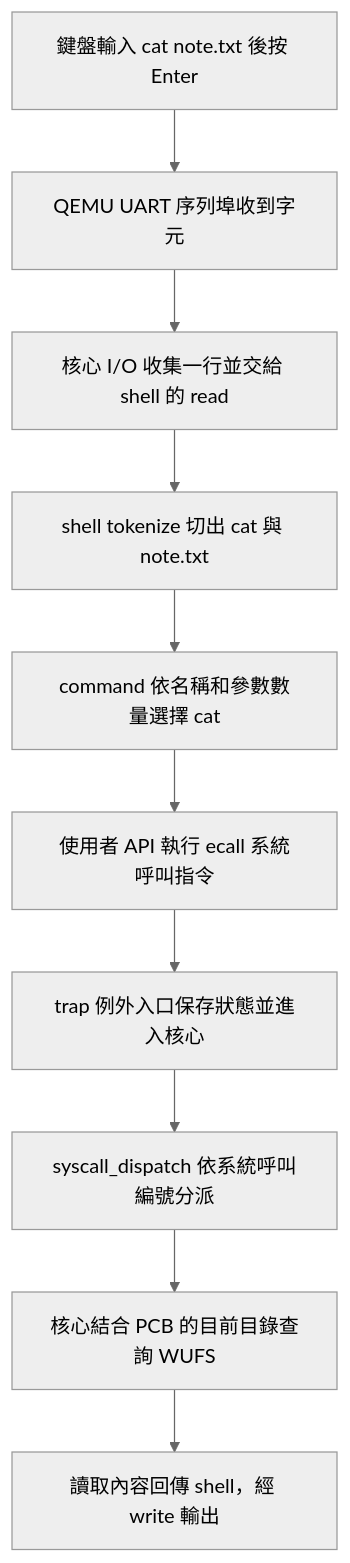
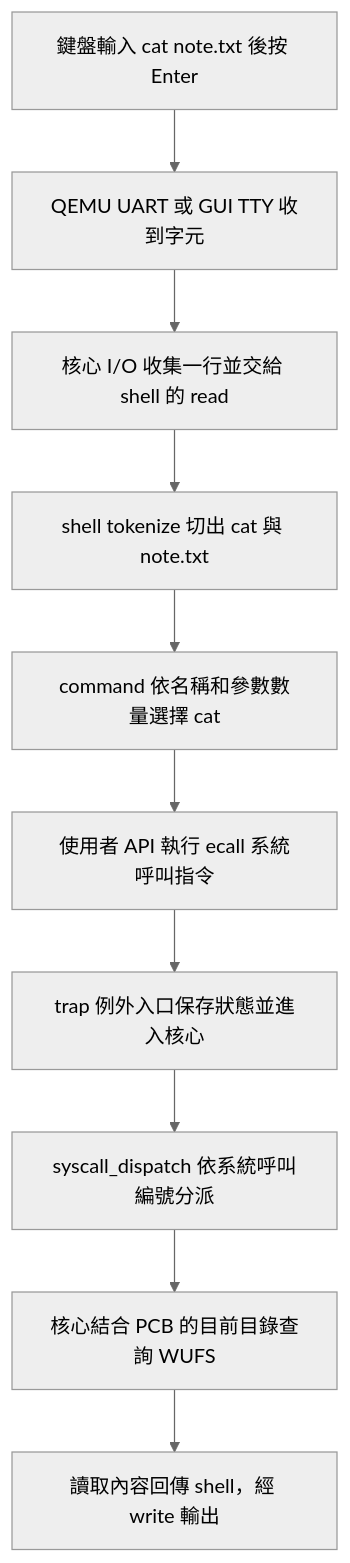
Before and after one commit to johnson931128/WUWAOS: the first of 2 diagrams in docs/topics/applications.md, drawn with Mermaid (neutral theme). The commit also changed other lines of this file and 24 other files, not shown here.

````diff
--- a/docs/topics/applications.md
+++ b/docs/topics/applications.md
@@ -29,12 +29,12 @@
 ```mermaid
 flowchart TD
-  A[鍵盤輸入 cat note.txt 後按 Enter] --> B[QEMU UART 序列埠收到字元]
+  A[鍵盤輸入 cat note.txt 後按 Enter] --> B[QEMU UART 或 GUI TTY 收到字元]
   B --> C[核心 I/O 收集一行並交給 shell 的 read]
   C --> D[shell tokenize 切出 cat 與 note.txt]
   D --> E[command 依名稱和參數數量選擇 cat]
   E --> F[使用者 API 執行 ecall 系統呼叫指令]
   F --> G[trap 例外入口保存狀態並進入核心]
   G --> H[syscall_dispatch 依系統呼叫編號分派]
   H --> I[核心結合 PCB 的目前目錄查詢 WUFS]
   I --> J[讀取內容回傳 shell，經 write 輸出]
 ```
````
